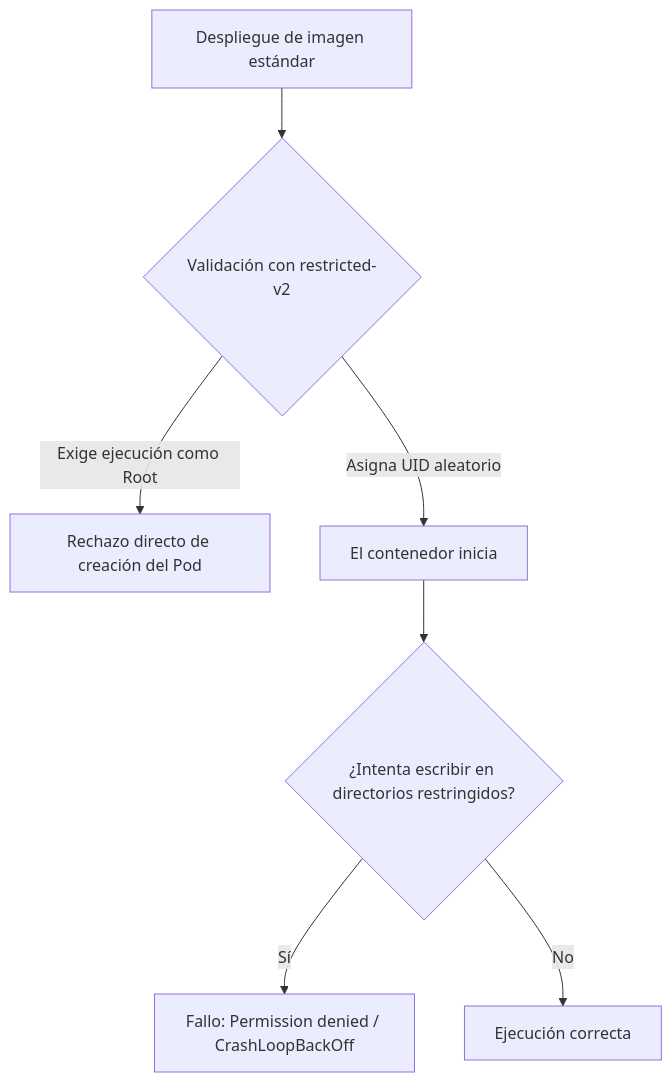
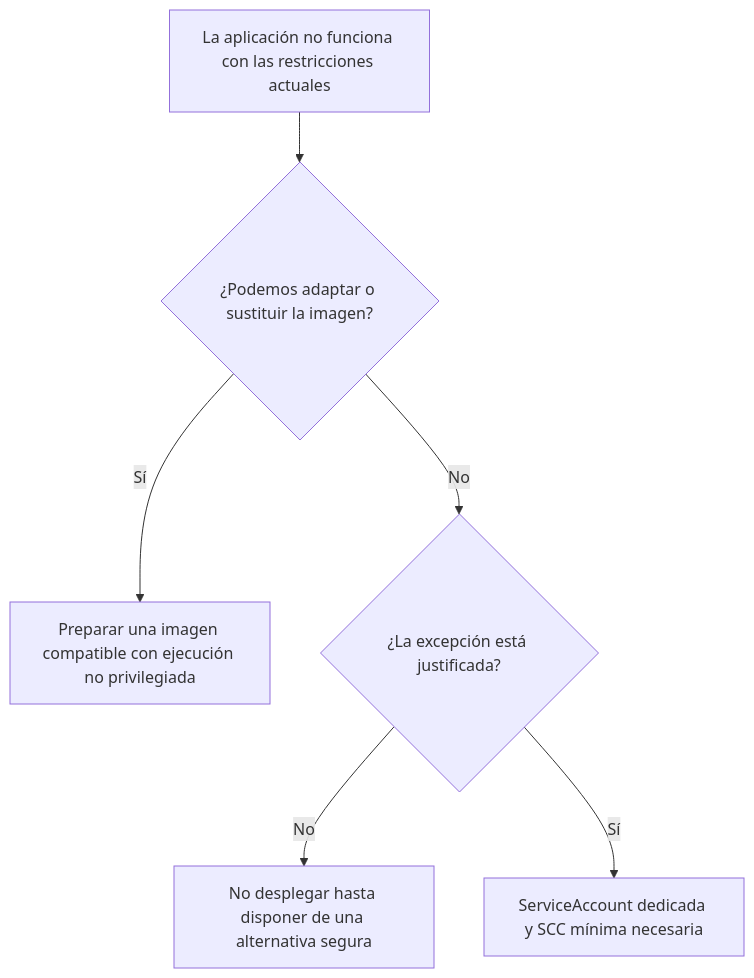
Before and after one commit to ieftraining/curso-openshift: the second of 3 diagrams in docs/sesion2/2.6 Politicas de Seguridad.md, drawn with Mermaid. The commit also changed other lines of this file, not shown here.

````diff
--- a/docs/sesion2/2.6 Politicas de Seguridad.md
+++ b/docs/sesion2/2.6 Politicas de Seguridad.md
@@ -109,9 +194,8 @@
 ```mermaid
 flowchart TD
-    A[Despliegue de imagen estándar] --> B{Validación con restricted-v2}
-    B -- Exige ejecución como Root --> C[Rechazo directo de creación del Pod]
-    B -- Asigna UID aleatorio --> D[El contenedor inicia]
-    D --> E{¿Intenta escribir en directorios restringidos?}
-    E -- Sí --> F[Fallo: Permission denied / CrashLoopBackOff]
-    E -- No --> G[Ejecución correcta]
+    A[La aplicación no funciona con las restricciones actuales] --> B{¿Podemos adaptar o sustituir la imagen?}
+    B -->|Sí| C[Preparar una imagen compatible con ejecución no privilegiada]
+    B -->|No| D{¿La excepción está justificada?}
+    D -->|No| E[No desplegar hasta disponer de una alternativa segura]
+    D -->|Sí| F[ServiceAccount dedicada y SCC mínima necesaria]
 ```
````
